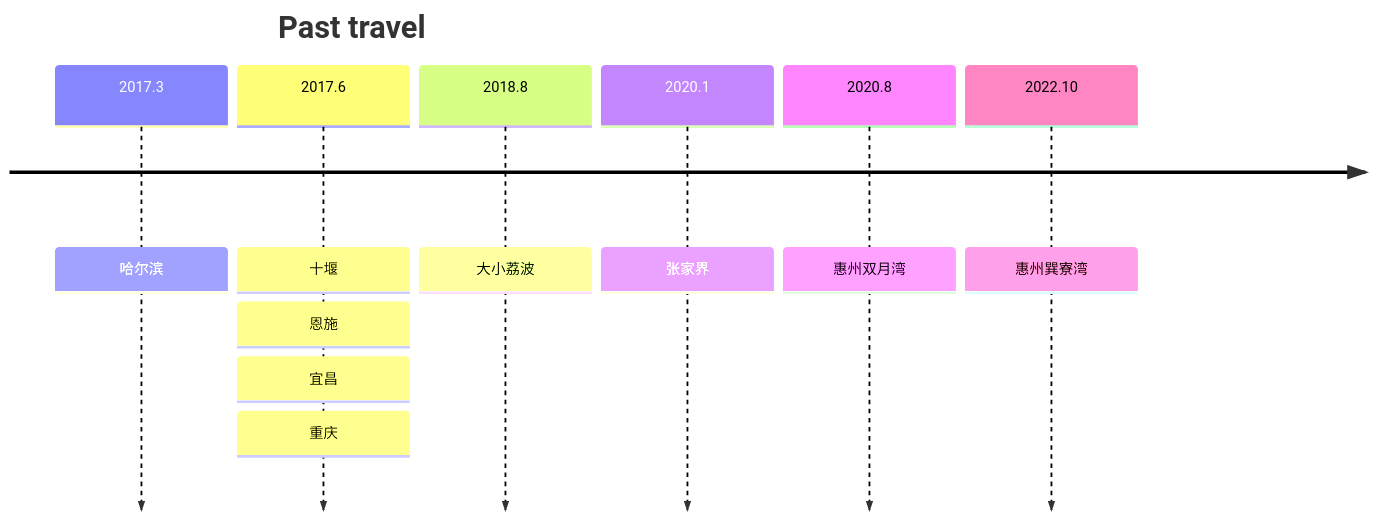
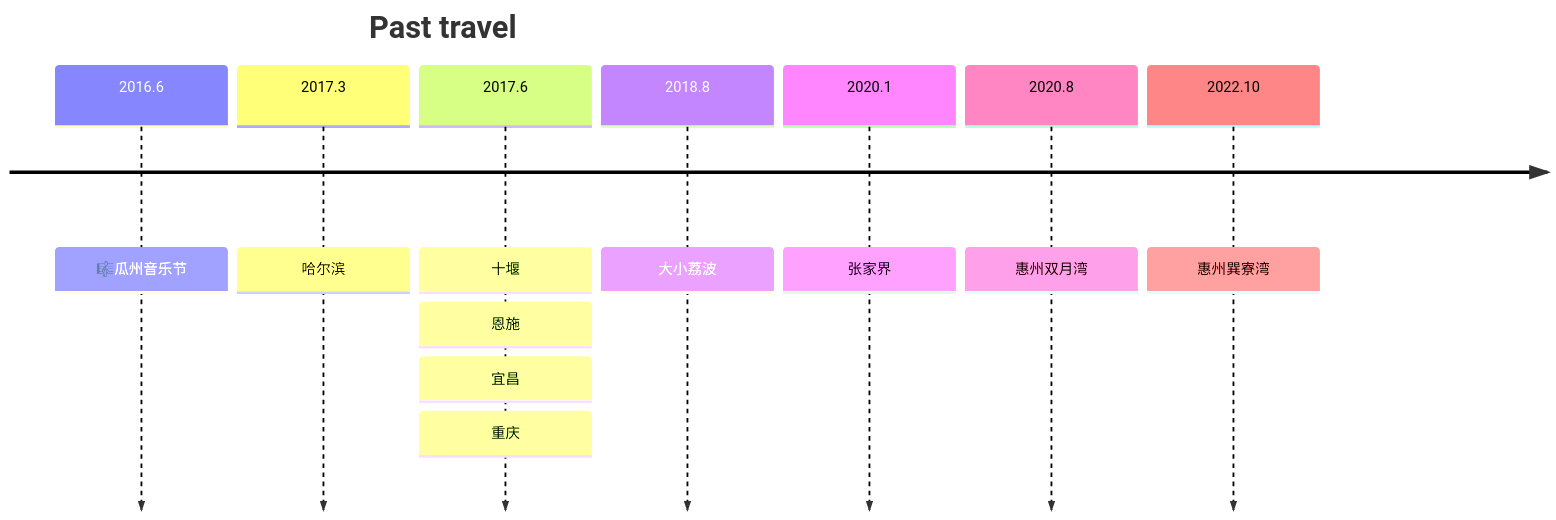
Before and after one commit to x-matt/x-matt.github.io: the diagram in content/Life/travel.md, drawn with Mermaid. The commit also changed 9 other files, not shown here.

````diff
--- a/content/Life/travel.md
+++ b/content/Life/travel.md
@@ -18,10 +18,11 @@
 ```mermaid
 timeline
     title Past travel
+    2016.6 : 🎼瓜州音乐节
     2017.3 : 哈尔滨
     2017.6 : 十堰 : 恩施 : 宜昌 : 重庆
     2018.8 : 大小荔波
     2020.1 : 张家界
     2020.8 : 惠州双月湾
     2022.10 : 惠州巽寮湾
 ```
````
